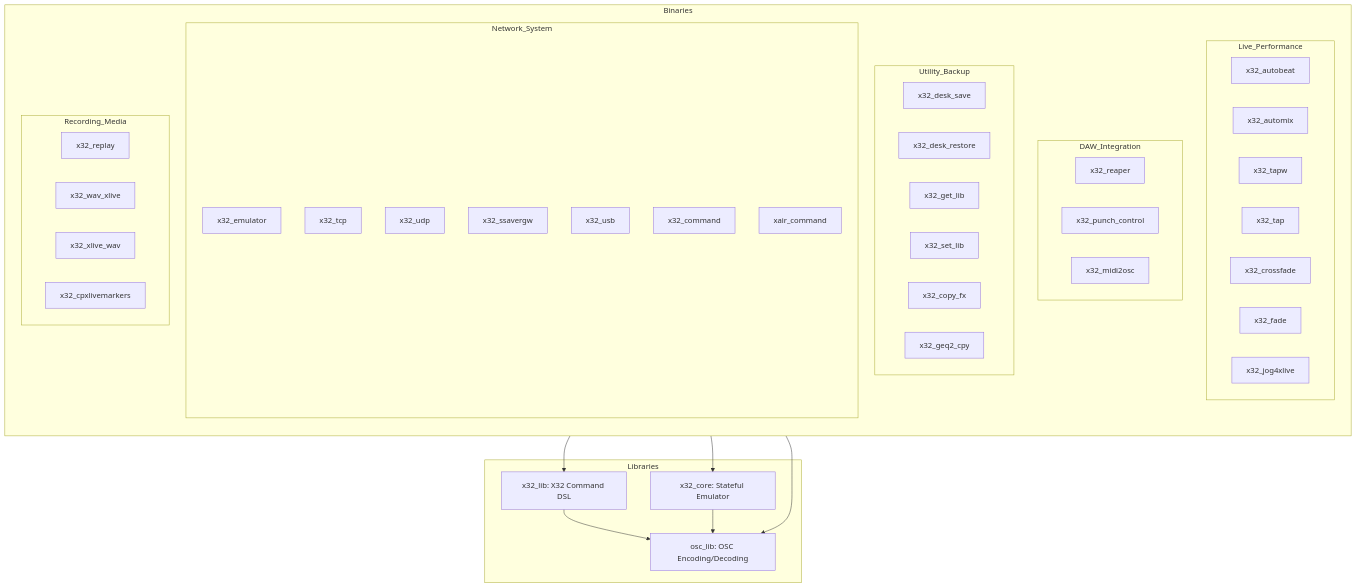
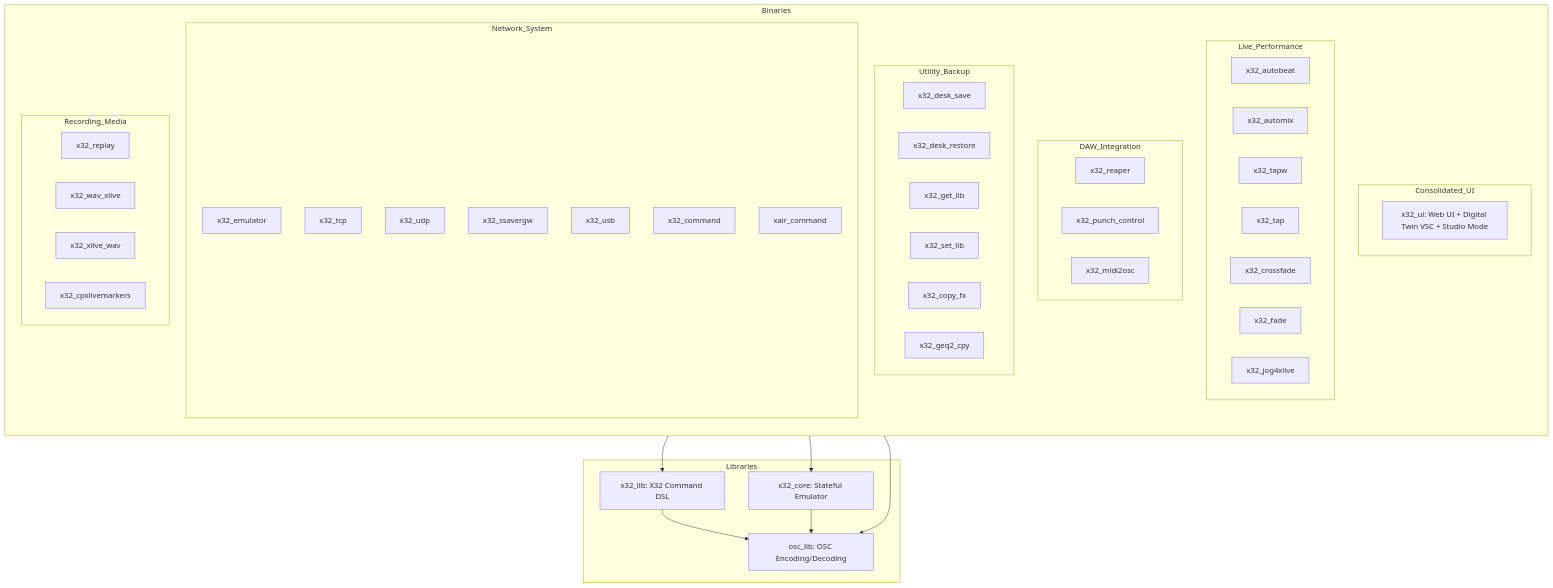
Before and after one commit to mcelb1200/X32-Behringer-Rust: the diagram in README.md, drawn with Mermaid. The commit also changed other lines of this file and 31 other files, not shown here.

First line of the commit message:
feat(x32_ui): add consolidated web UI, console-first studio mode, and REAPER digital twin VSC

````diff
--- a/README.md
+++ b/README.md
@@ -20,34 +21,37 @@
 ```mermaid
 graph TD;
     subgraph Libraries
         osc_lib[osc_lib: OSC Encoding/Decoding];
         x32_lib[x32_lib: X32 Command DSL];
         x32_core[x32_core: Stateful Emulator];
     end
 
     subgraph Binaries
         direction TB
+        subgraph Consolidated_UI
+            x32_ui[x32_ui: Web UI + Digital Twin VSC + Studio Mode];
+        end
         subgraph Live_Performance
             x32_autobeat; x32_automix; x32_tapw; x32_tap; x32_crossfade; x32_fade; x32_jog4xlive;
         end
         subgraph DAW_Integration
             x32_reaper; x32_punch_control; x32_midi2osc;
         end
         subgraph Utility_Backup
             x32_desk_save; x32_desk_restore; x32_get_lib; x32_set_lib; x32_copy_fx; x32_geq2_cpy;
         end
         subgraph Network_System
             x32_emulator; x32_tcp; x32_udp; x32_ssavergw; x32_usb; x32_command; xair_command;
         end
         subgraph Recording_Media
             x32_replay; x32_wav_xlive; x32_xlive_wav; x32_cpxlivemarkers;
         end
     end
 
     x32_lib --> osc_lib;
     x32_core --> osc_lib;
     x32_emulator --> x32_core;
 
     Binaries --> x32_lib;
     Binaries --> osc_lib;
 ```
````
